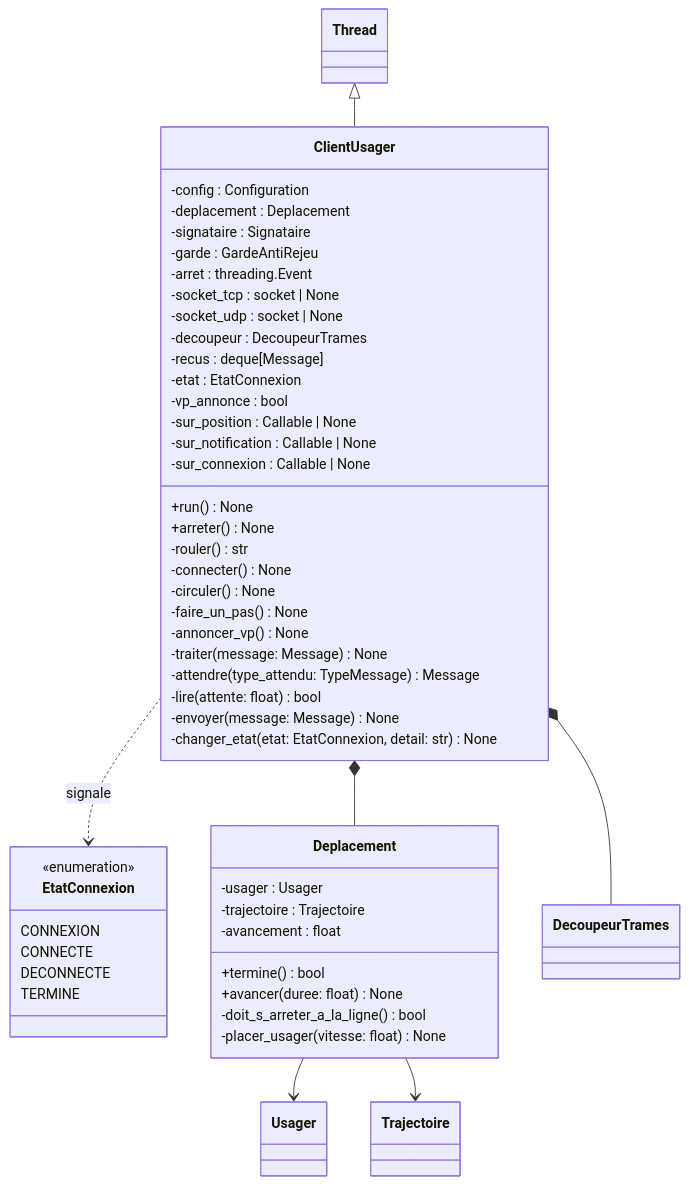
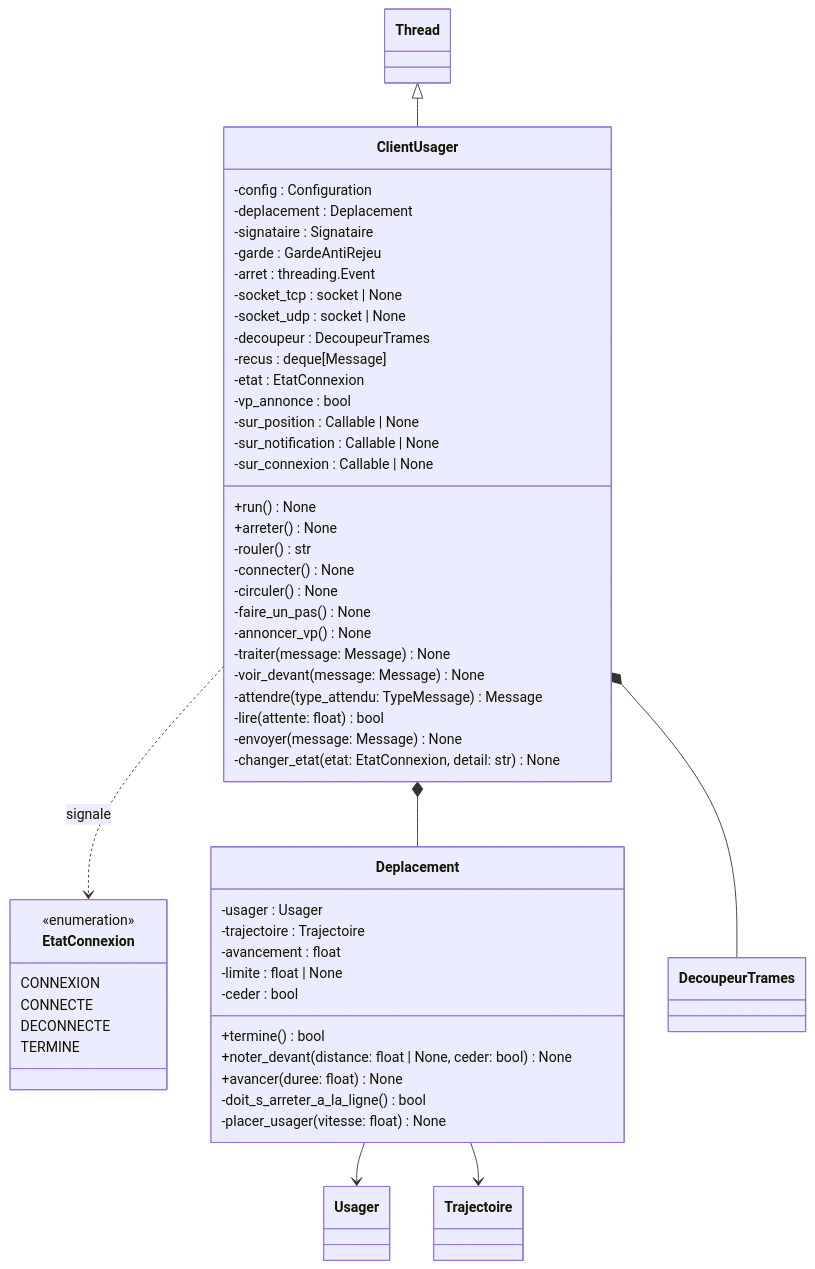
Before and after one commit to vRayzix/SAE3.02_Developper-une-application-communicante: the tenth of 11 diagrams in docs/uml.md, drawn with Mermaid. The commit also changed other lines of this file, not shown here.

Commit message:
docs(uml): ce que voit chaque conducteur et file d'attente

````diff
--- a/docs/uml.md
+++ b/docs/uml.md
@@ -529,58 +559,62 @@
 ```mermaid
 classDiagram
     class Thread
 
     class EtatConnexion {
         <<enumeration>>
         CONNEXION
         CONNECTE
         DECONNECTE
         TERMINE
     }
 
     class ClientUsager {
         -config : Configuration
         -deplacement : Deplacement
         -signataire : Signataire
         -garde : GardeAntiRejeu
         -arret : threading.Event
         -socket_tcp : socket | None
         -socket_udp : socket | None
         -decoupeur : DecoupeurTrames
         -recus : deque[Message]
         -etat : EtatConnexion
         -vp_annonce : bool
         -sur_position : Callable | None
         -sur_notification : Callable | None
         -sur_connexion : Callable | None
         +run() None
         +arreter() None
         -rouler() str
         -connecter() None
         -circuler() None
         -faire_un_pas() None
         -annoncer_vp() None
         -traiter(message: Message) None
+        -voir_devant(message: Message) None
         -attendre(type_attendu: TypeMessage) Message
         -lire(attente: float) bool
         -envoyer(message: Message) None
         -changer_etat(etat: EtatConnexion, detail: str) None
     }
 
     class Deplacement {
         -usager : Usager
         -trajectoire : Trajectoire
         -avancement : float
+        -limite : float | None
+        -ceder : bool
         +termine() bool
+        +noter_devant(distance: float | None, ceder: bool) None
         +avancer(duree: float) None
         -doit_s_arreter_a_la_ligne() bool
         -placer_usager(vitesse: float) None
     }
 
     Thread <|-- ClientUsager
     ClientUsager *-- Deplacement
     ClientUsager ..> EtatConnexion : signale
     ClientUsager *-- DecoupeurTrames
     Deplacement --> Usager
     Deplacement --> Trajectoire
 ```
````
